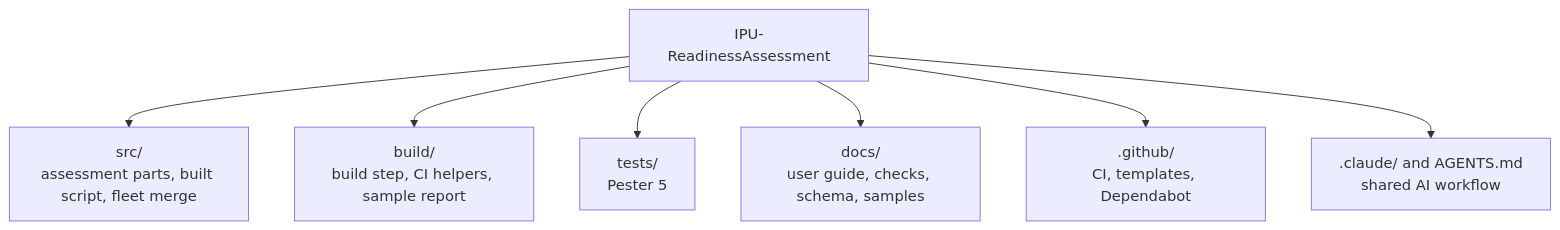
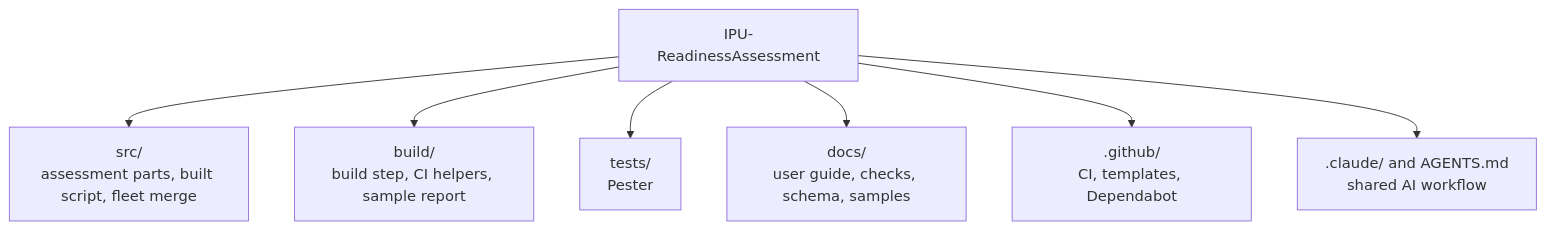
Before and after one commit to JeanKadang/IPU-ReadinessAssessment: the third of 3 diagrams in README.md, drawn with Mermaid. The commit also changed other lines of this file and 14 other files, not shown here.

````diff
--- a/README.md
+++ b/README.md
@@ -153,9 +153,9 @@
 ```mermaid
 flowchart TD
     R[IPU-ReadinessAssessment] --> S[src/<br/>assessment parts, built script, fleet merge]
     R --> B[build/<br/>build step, CI helpers, sample report]
-    R --> T[tests/<br/>Pester 5]
+    R --> T[tests/<br/>Pester]
     R --> D[docs/<br/>user guide, checks, schema, samples]
     R --> G[.github/<br/>CI, templates, Dependabot]
     R --> C[.claude/ and AGENTS.md<br/>shared AI workflow]
 ```
````
